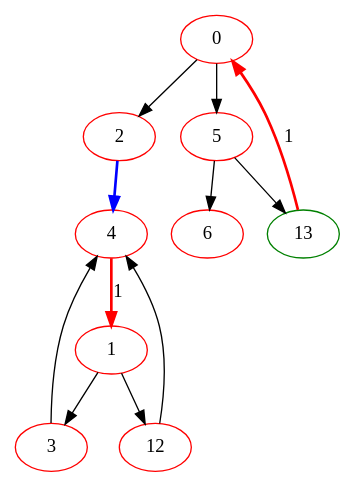
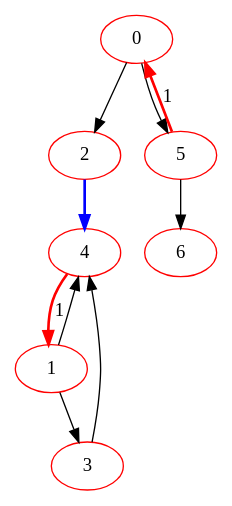
The diagram in benchmarks/Micro-benchmarks/simple_loop_1/CGRAExec/L1/LoadConst_0.dot (MPSLab-ASU/CCF-20.04), drawn with Graphviz before and after one commit. The commit also changed 87 other files, not shown here.

```diff
--- a/benchmarks/Micro-benchmarks/simple_loop_1/CGRAExec/L1/LoadConst_0.dot
+++ b/benchmarks/Micro-benchmarks/simple_loop_1/CGRAExec/L1/LoadConst_0.dot
@@ -1,34 +1,28 @@
 digraph LoadConst { 
 {
 0 [color=red ];
 
 1 [color=red ];
 
 2 [color=red ];
 
 3 [color=red ];
 
 4 [color=red ];
 
 5 [color=red ];
 
 6 [color=red ];
-
-12 [color=red ];
-
-13 [color=green ];
+5 -> 0 [style=bold, color=red, label=1] 
 4 -> 1 [style=bold, color=red, label=1] 
 0 -> 2
 1 -> 3
 2 -> 4 [style=bold, color=blue ]
 3 -> 4
+1 -> 4
 0 -> 5
 5 -> 6
-1 -> 12
-12 -> 4
-5 -> 13
-13 -> 0 [style=bold, color=red, label=1] 
 
 }
 
 }
```
